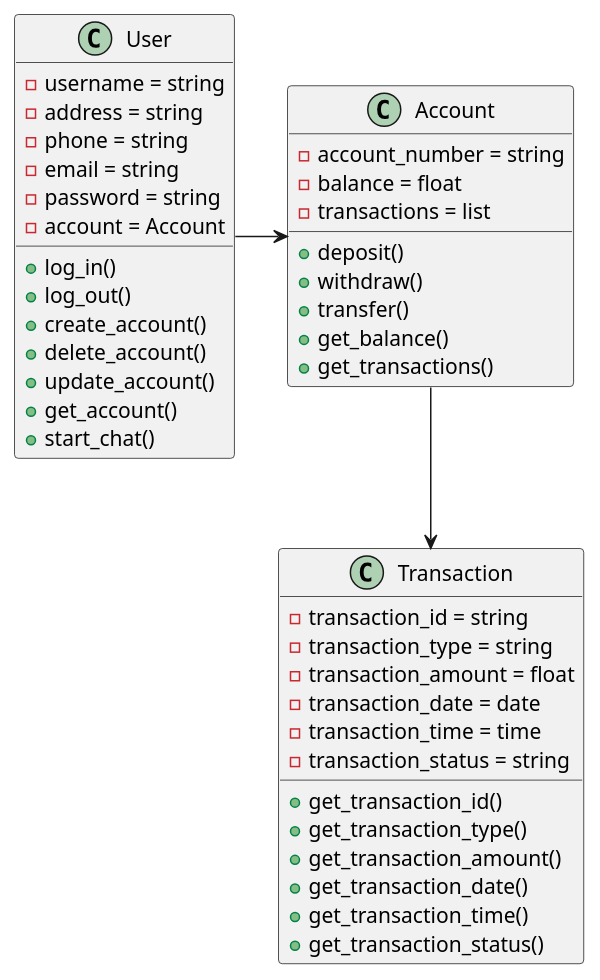
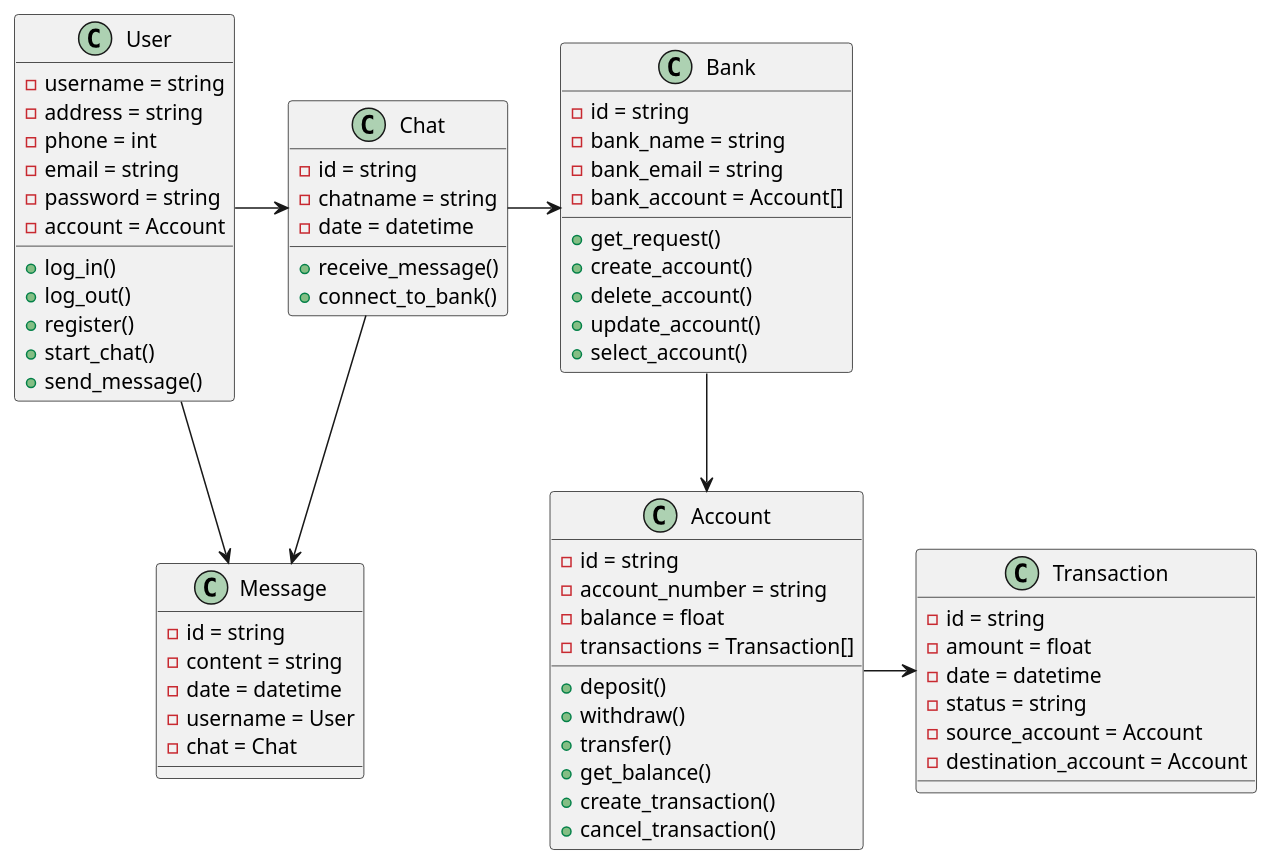
One commit to NKAmazing/BankHelper changed the diagram in diagrams/bank_helper.puml. Above: the diagram before and after it, drawn with PlantUML.

Commit message:
Close #1 New classes added

```diff
--- a/diagrams/bank_helper.puml
+++ b/diagrams/bank_helper.puml
@@ -1,50 +1,77 @@
 @startuml bank_helper
 
 '''Class diagram of a Bank Assistant that use a server-client architecture'''
 
 class User {
     - username = string
     - address = string
-    - phone = string
+    - phone = int
     - email = string
     - password = string
     - account = Account
     + log_in()
     + log_out()
+    + register()
+    + start_chat()
+    + send_message()
+}
+
+class Message {
+    - id = string
+    - content = string
+    - date = datetime
+    - username = User
+    - chat = Chat
+}
+
+class Chat {
+    - id = string
+    - chatname = string
+    - date = datetime
+    + receive_message()
+    + connect_to_bank()
+
+}
+
+class Bank {
+    - id = string
+    - bank_name = string
+    - bank_email = string
+    - bank_account = Account[]
+    + get_request()
     + create_account()
     + delete_account()
     + update_account()
-    + get_account()
-    + start_chat()
+    + select_account()
 }
 
 class Account {
+    - id = string
     - account_number = string
     - balance = float
-    - transactions = list
+    - transactions = Transaction[]
     + deposit()
     + withdraw()
     + transfer()
     + get_balance()
-    + get_transactions()
+    + create_transaction()
+    + cancel_transaction()
 }
 
 class Transaction {
-    - transaction_id = string
-    - transaction_type = string
-    - transaction_amount = float
-    - transaction_date = date
-    - transaction_time = time
-    - transaction_status = string
-    + get_transaction_id()
-    + get_transaction_type()
-    + get_transaction_amount()
-    + get_transaction_date()
-    + get_transaction_time()
-    + get_transaction_status()
+    - id = string
+    - amount = float
+    - date = datetime
+    - status = string
+    - source_account = Account
+    - destination_account = Account
 }
 
-User --r--> Account
-Account -d-> Transaction
+User -d-> Message
+User -r-> Chat
+Chat -d-> Message
+Chat -r-> Bank
+Bank -d-> Account
+Account -r-> Transaction
 
 @enduml
```
